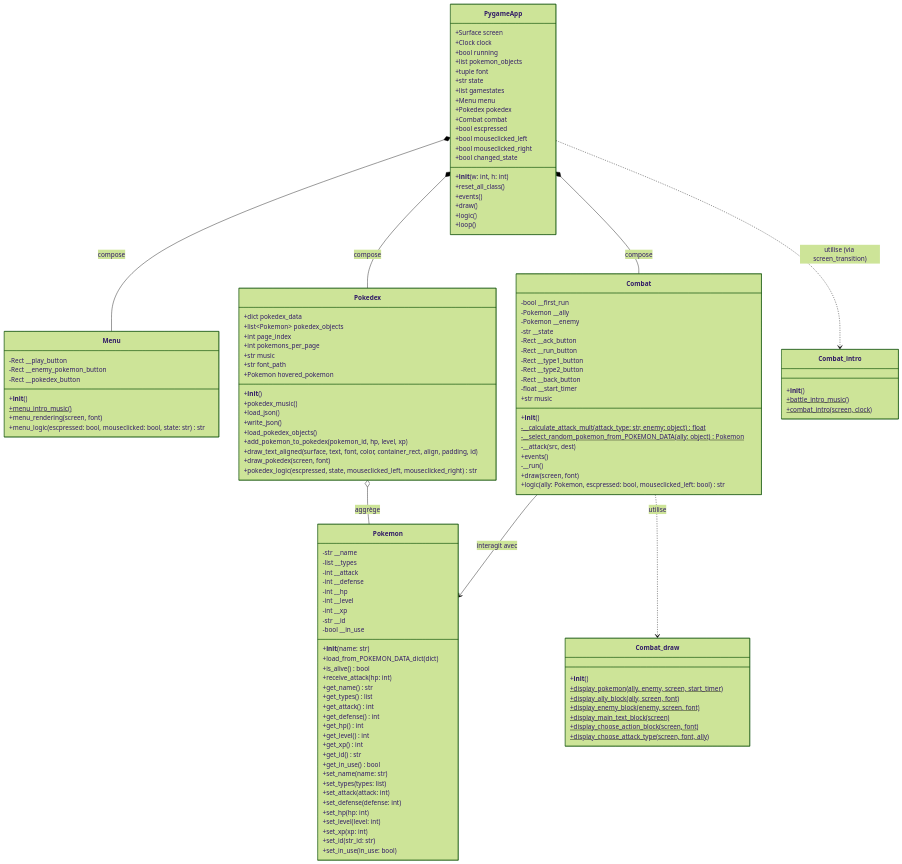
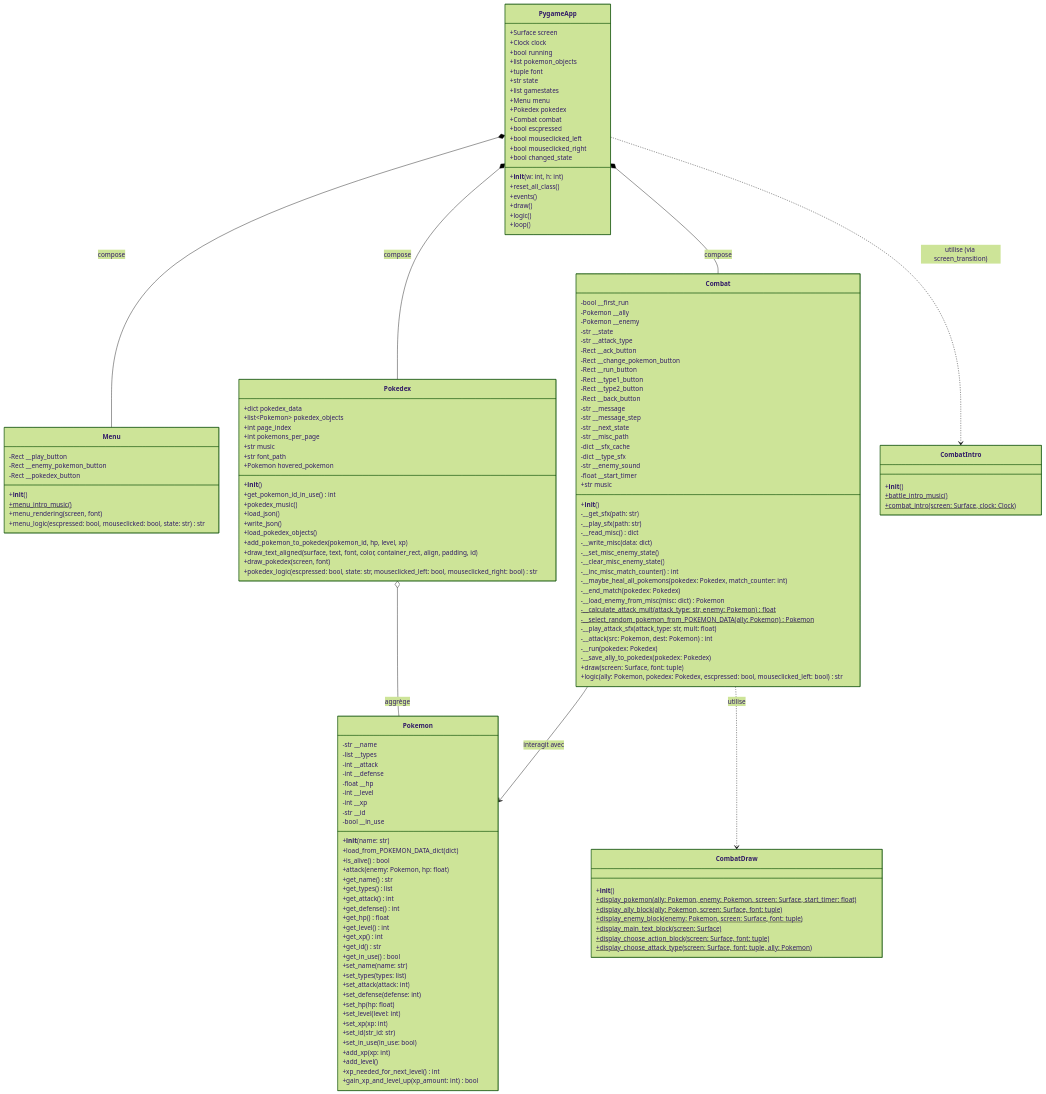
Before and after one commit to nicolas-riera/pokemon: the diagram in README.md, drawn with Mermaid (forest theme). The commit also changed 1 other file, not shown here.

Commit message:
docs: synchronize class diagram and cleanup debug code
   - Updated the Mermaid class diagram in README.md to reflect recent architectural changes, including renamed classes (CombatDraw, CombatIntro),
     new Combat logic methods, and Pokemon XP/HP updates.
   - Added detailed type annotations to the diagram for improved clarity.
   - Removed an unnecessary debug print statement in Pokedex.py.

````diff
--- a/README.md
+++ b/README.md
@@ -61,7 +61,6 @@
 ```mermaid
 
 classDiagram
-    %% Définition des classes principales
     class PygameApp {
         +Surface screen
         +Clock clock
@@ -104,6 +103,7 @@
         +str font_path
         +Pokemon hovered_pokemon
         +__init__()
+        +get_pokemon_id_in_use() int
         +pokedex_music()
         +load_json()
         +write_json()
@@ -111,7 +111,7 @@
         +add_pokemon_to_pokedex(pokemon_id, hp, level, xp)
         +draw_text_aligned(surface, text, font, color, container_rect, align, padding, id)
         +draw_pokedex(screen, font)
-        +pokedex_logic(escpressed, state, mouseclicked_left, mouseclicked_right) str
+        +pokedex_logic(escpressed: bool, state: str, mouseclicked_left: bool, mouseclicked_right: bool) str
     }
 
     class Combat {
@@ -119,21 +119,41 @@
         -Pokemon __ally
         -Pokemon __enemy
         -str __state
+        -str __attack_type
         -Rect __ack_button
+        -Rect __change_pokemon_button
         -Rect __run_button
         -Rect __type1_button
         -Rect __type2_button
         -Rect __back_button
+        -str __message
+        -str __message_step
+        -str __next_state
+        -str __misc_path
+        -dict __sfx_cache
+        -dict __type_sfx
+        -str __enemy_sound
         -float __start_timer
         +str music
         +__init__()
-        -__calculate_attack_mult(attack_type: str, enemy: object)$ float
-        -__select_random_pokemon_from_POKEMON_DATA(ally: object)$ Pokemon
-        -__attack(src, dest)
-        +events()
-        -__run()
-        +draw(screen, font)
-        +logic(ally: Pokemon, escpressed: bool, mouseclicked_left: bool) str
+        -__get_sfx(path: str)
+        -__play_sfx(path: str)
+        -__read_misc() dict
+        -__write_misc(data: dict)
+        -__set_misc_enemy_state()
+        -__clear_misc_enemy_state()
+        -__inc_misc_match_counter() int
+        -__maybe_heal_all_pokemons(pokedex: Pokedex, match_counter: int)
+        -__end_match(pokedex: Pokedex)
+        -__load_enemy_from_misc(misc: dict) Pokemon
+        -__calculate_attack_mult(attack_type: str, enemy: Pokemon)$ float
+        -__select_random_pokemon_from_POKEMON_DATA(ally: Pokemon)$ Pokemon
+        -__play_attack_sfx(attack_type: str, mult: float)
+        -__attack(src: Pokemon, dest: Pokemon) int
+        -__run(pokedex: Pokedex)
+        -__save_ally_to_pokedex(pokedex: Pokedex)
+        +draw(screen: Surface, font: tuple)
+        +logic(ally: Pokemon, pokedex: Pokedex, escpressed: bool, mouseclicked_left: bool) str
     }
 
     class Pokemon {
@@ -141,7 +161,7 @@
         -list __types
         -int __attack
         -int __defense
-        -int __hp
+        -float __hp
         -int __level
         -int __xp
         -str __id
@@ -149,12 +169,12 @@
         +__init__(name: str)
         +load_from_POKEMON_DATA_dict(dict)
         +is_alive() bool
-        +receive_attack(hp: int)
+        +attack(enemy: Pokemon, hp: float)
         +get_name() str
         +get_types() list
         +get_attack() int
         +get_defense() int
-        +get_hp() int
+        +get_hp() float
         +get_level() int
         +get_xp() int
         +get_id() str
@@ -163,27 +183,31 @@
         +set_types(types: list)
         +set_attack(attack: int)
         +set_defense(defense: int)
-        +set_hp(hp: int)
+        +set_hp(hp: float)
         +set_level(level: int)
         +set_xp(xp: int)
         +set_id(str_id: str)
         +set_in_use(in_use: bool)
+        +add_xp(xp: int)
+        +add_level()
+        +xp_needed_for_next_level() int
+        +gain_xp_and_level_up(xp_amount: int) bool
     }
 
-    class Combat_draw {
+    class CombatDraw {
         +__init__()
-        +display_pokemon(ally, enemy, screen, start_timer)$
-        +display_ally_block(ally, screen, font)$
-        +display_enemy_block(enemy, screen, font)$
-        +display_main_text_block(screen)$
-        +display_choose_action_block(screen, font)$
-        +display_choose_attack_type(screen, font, ally)$
+        +display_pokemon(ally: Pokemon, enemy: Pokemon, screen: Surface, start_timer: float)$
+        +display_ally_block(ally: Pokemon, screen: Surface, font: tuple)$
+        +display_enemy_block(enemy: Pokemon, screen: Surface, font: tuple)$
+        +display_main_text_block(screen: Surface)$
+        +display_choose_action_block(screen: Surface, font: tuple)$
+        +display_choose_attack_type(screen: Surface, font: tuple, ally: Pokemon)$
     }
 
-    class Combat_intro {
+    class CombatIntro {
         +__init__()
         +battle_intro_music()$
-        +combat_intro(screen, clock)$
+        +combat_intro(screen: Surface, clock: Clock)$
     }
 
     %% Relations entre les classes
@@ -192,7 +216,7 @@
     PygameApp *-- Combat : compose
     Pokedex o-- Pokemon : aggrège
     Combat --> Pokemon : interagit avec
-    Combat ..> Combat_draw : utilise
-    PygameApp ..> Combat_intro : utilise (via screen_transition)
+    Combat ..> CombatDraw : utilise
+    PygameApp ..> CombatIntro : utilise (via screen_transition)
 
 ```
````
